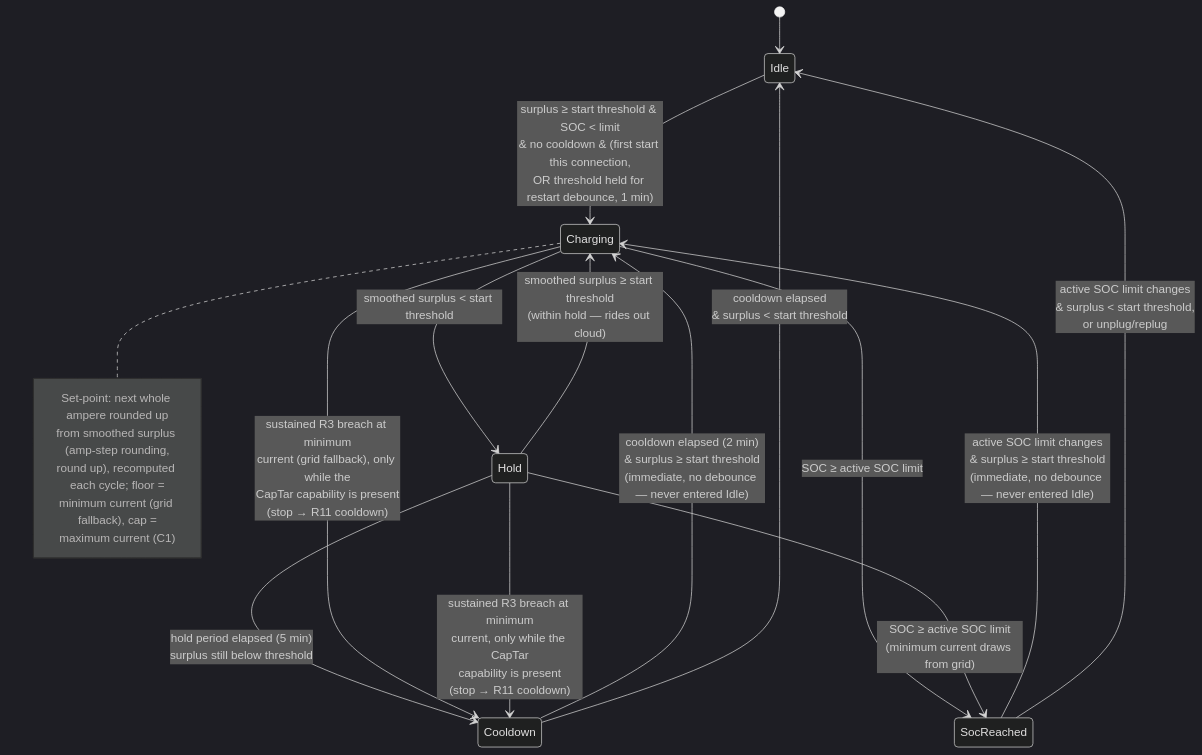
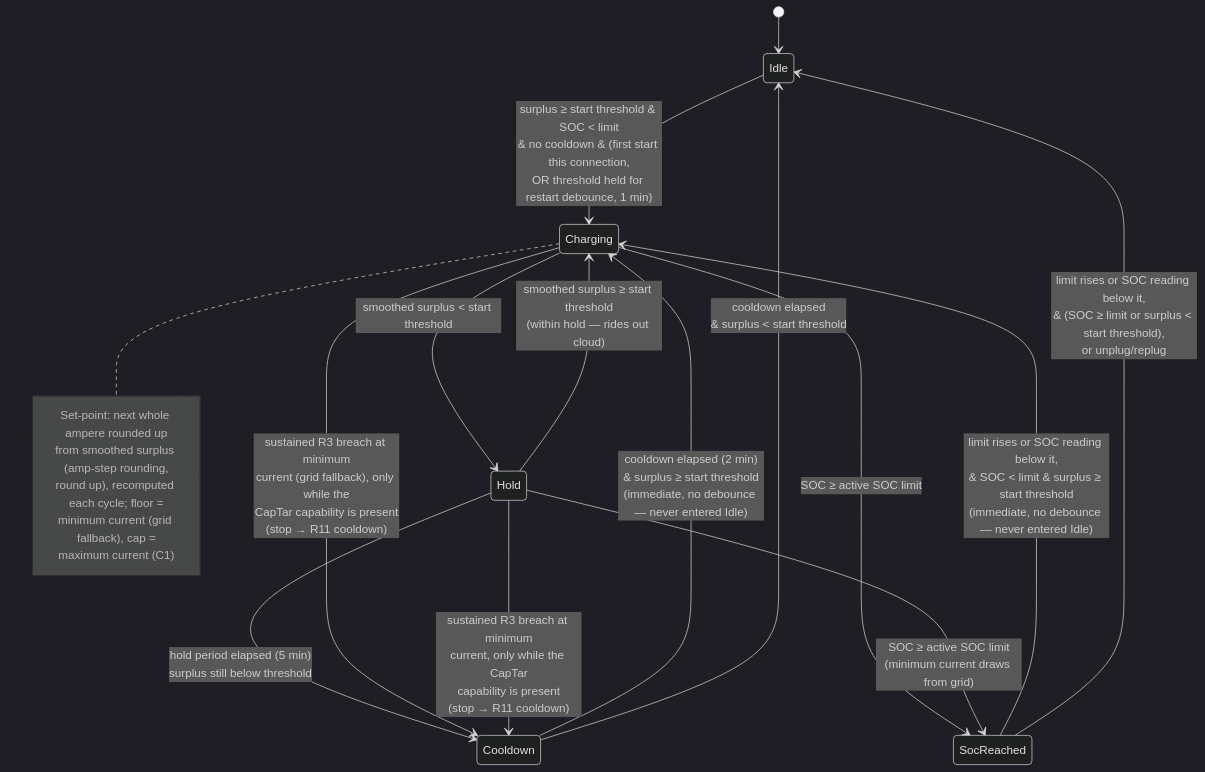
The diagram in docs/analysis/use-cases/UC01-charge-from-solar-surplus.md (kristofdegrave/homeassistant-smart-charging), drawn with Mermaid (dark theme) before and after one commit. The commit also changed other lines of this file and 5 other files, not shown here.

First line of the commit message:
requirement: a stop at the SOC limit ends when the limit rises, not when it changes (R7 AC5, UC01-UC04)

````diff
--- a/docs/analysis/use-cases/UC01-charge-from-solar-surplus.md
+++ b/docs/analysis/use-cases/UC01-charge-from-solar-surplus.md
@@ -146,23 +146,23 @@
 ```mermaid
 stateDiagram-v2
     [*] --> Idle
     Idle --> Charging: surplus ≥ start threshold & SOC < limit<br/>& no cooldown & (first start this connection,<br/>OR threshold held for restart debounce, 1 min)
     Charging --> Hold: smoothed surplus < start threshold
     Hold --> Charging: smoothed surplus ≥ start threshold<br/>(within hold — rides out cloud)
     Hold --> Cooldown: hold period elapsed (5 min)<br/>surplus still below threshold
     Charging --> Cooldown: sustained R3 breach at minimum<br/>current (grid fallback), only while the<br/>CapTar capability is present<br/>(stop → R11 cooldown)
     Hold --> Cooldown: sustained R3 breach at minimum<br/>current, only while the CapTar<br/>capability is present<br/>(stop → R11 cooldown)
     Charging --> SocReached: SOC ≥ active SOC limit
     Hold --> SocReached: SOC ≥ active SOC limit<br/>(minimum current draws from grid)
     Cooldown --> Charging: cooldown elapsed (2 min)<br/>& surplus ≥ start threshold<br/>(immediate, no debounce — never entered Idle)
     Cooldown --> Idle: cooldown elapsed<br/>& surplus < start threshold
-    SocReached --> Charging: active SOC limit changes<br/>& surplus ≥ start threshold<br/>(immediate, no debounce — never entered Idle)
-    SocReached --> Idle: active SOC limit changes<br/>& surplus < start threshold,<br/>or unplug/replug
+    SocReached --> Charging: limit rises or SOC reading below it,<br/>& SOC < limit & surplus ≥ start threshold<br/>(immediate, no debounce — never entered Idle)
+    SocReached --> Idle: limit rises or SOC reading below it,<br/>& (SOC ≥ limit or surplus < start threshold),<br/>or unplug/replug
     note right of Charging
         Set-point: next whole ampere rounded up
         from smoothed surplus (amp-step rounding,
         round up), recomputed each cycle; floor =
         minimum current (grid fallback), cap =
         maximum current (C1)
     end note
 ```
````
